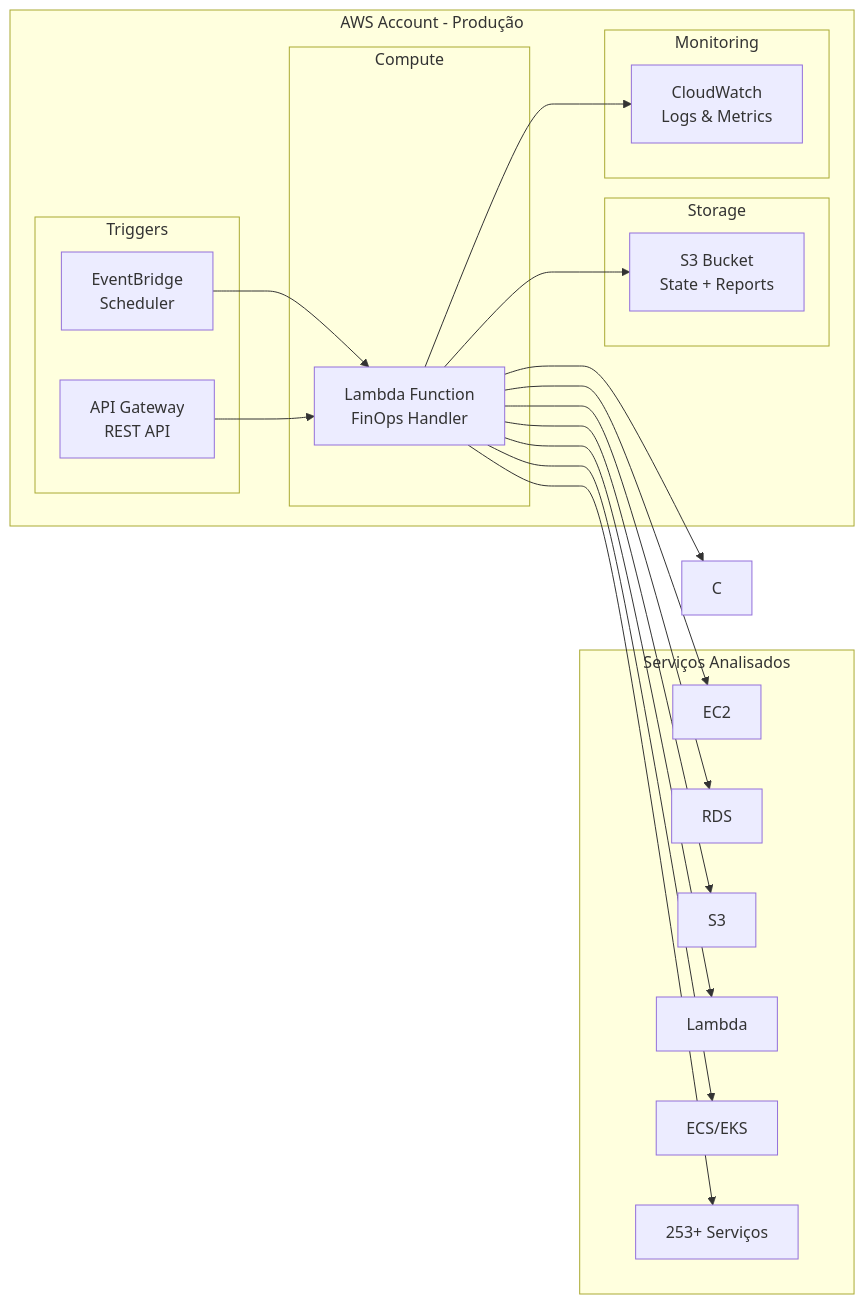
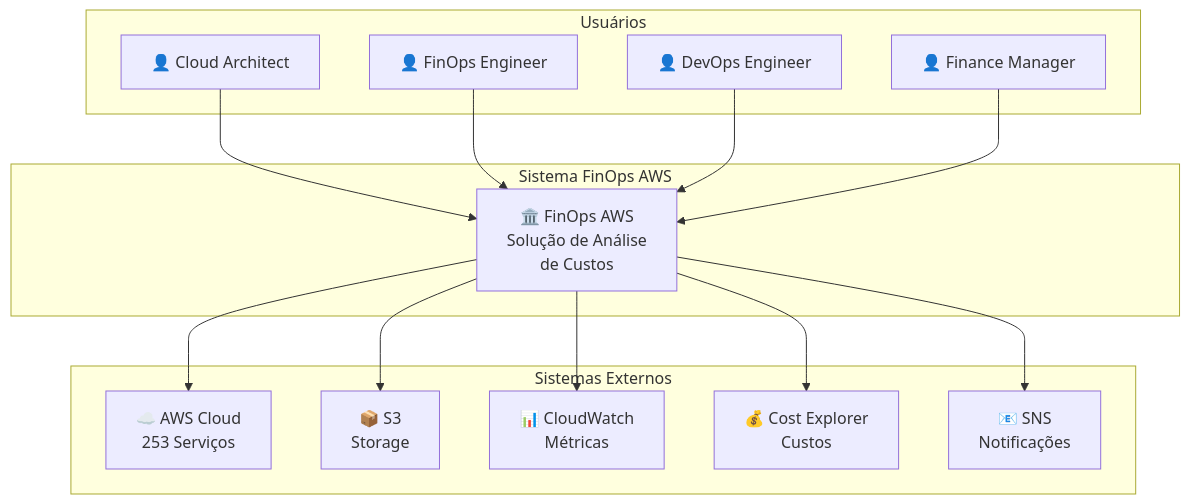
One commit to FELIPEACASTRO/finops-aws-bdr changed the second of 9 diagrams in docs/TECHNICAL_GUIDE.md. Above: the diagram before and after it, drawn with Mermaid. The commit also changed other lines of this file and 6 other files, not shown here.

````diff
--- a/docs/TECHNICAL_GUIDE.md
+++ b/docs/TECHNICAL_GUIDE.md
@@ -68,42 +142,28 @@
 ```mermaid
-graph LR
-    subgraph "AWS Account - Produção"
-        subgraph "Compute"
-            A[Lambda Function<br/>FinOps Handler]
-        end
-        
-        subgraph "Storage"
-            B[S3 Bucket<br/>State + Reports]
-        end
-        
-        subgraph "Triggers"
-            D[EventBridge<br/>Scheduler]
-            E[API Gateway<br/>REST API]
-        end
-        
-        subgraph "Monitoring"
-            F[CloudWatch<br/>Logs & Metrics]
-        end
+graph TB
+    subgraph "Usuários"
+        U1[👤 Cloud Architect]
+        U2[👤 FinOps Engineer]
+        U3[👤 DevOps Engineer]
+        U4[👤 Finance Manager]
     end
     
-    subgraph "Serviços Analisados"
-        G[EC2]
-        H[RDS]
-        I[S3]
-        J[Lambda]
-        K[ECS/EKS]
-        L[253+ Serviços]
+    subgraph "Sistema FinOps AWS"
+        SYS[🏛️ FinOps AWS<br/>Solução de Análise<br/>de Custos]
     end
     
-    D --> A
-    E --> A
-    A --> B
-    A --> C
-    A --> F
-    A --> G
-    A --> H
-    A --> I
-    A --> J
-    A --> K
-    A --> L
+    subgraph "Sistemas Externos"
+        AWS[☁️ AWS Cloud<br/>253 Serviços]
+        S3_EXT[📦 S3<br/>Storage]
+        CW[📊 CloudWatch<br/>Métricas]
+        CE[💰 Cost Explorer<br/>Custos]
+        SNS[📧 SNS<br/>Notificações]
+    end
+    
+    U1 & U2 & U3 & U4 --> SYS
+    SYS --> AWS
+    SYS --> S3_EXT
+    SYS --> CW
+    SYS --> CE
+    SYS --> SNS
 ```
````
